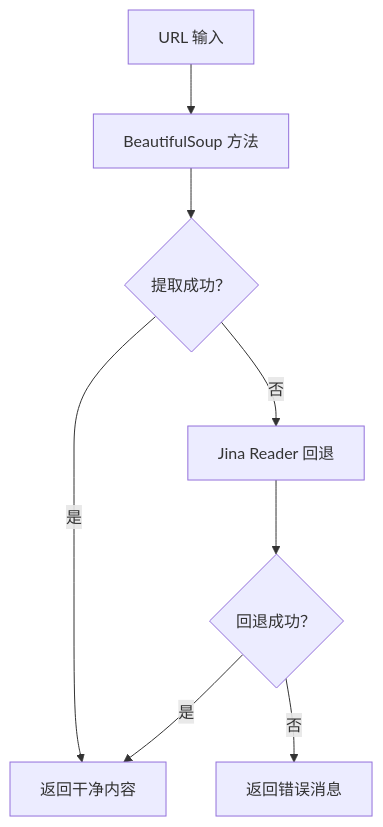
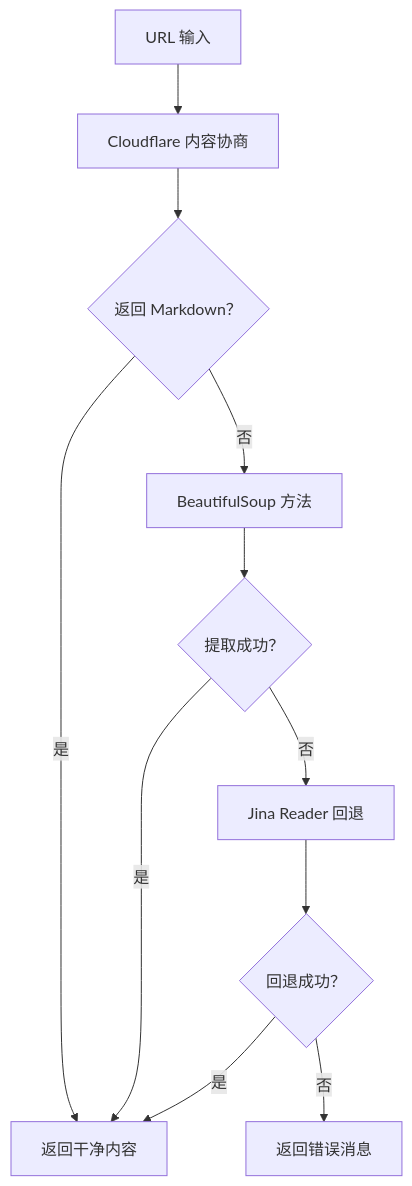
One commit to Oaklight/toolregistry-hub changed the diagram in docs/tools/websearch/web_fetch_tool.md. Above: the diagram before and after it, drawn with Mermaid. The commit also changed other lines of this file, not shown here.

Commit message:
feat(fetch): add Cloudflare content negotiation strategy and increase default timeout

````diff
--- a/docs/tools/websearch/web_fetch_tool.md
+++ b/docs/tools/websearch/web_fetch_tool.md
@@ -76,10 +77,13 @@
 ```mermaid
 graph TD
-    A[URL 输入] --> B[BeautifulSoup 方法]
-    B --> C{提取成功？}
+    A[URL 输入] --> B[Cloudflare 内容协商]
+    B --> C{返回 Markdown？}
     C -->|是| D[返回干净内容]
-    C -->|否| E[Jina Reader 回退]
-    E --> F{回退成功？}
+    C -->|否| E[BeautifulSoup 方法]
+    E --> F{提取成功？}
     F -->|是| D
-    F -->|否| G[返回错误消息]
+    F -->|否| G[Jina Reader 回退]
+    G --> H{回退成功？}
+    H -->|是| D
+    H -->|否| I[返回错误消息]
 ```
````
